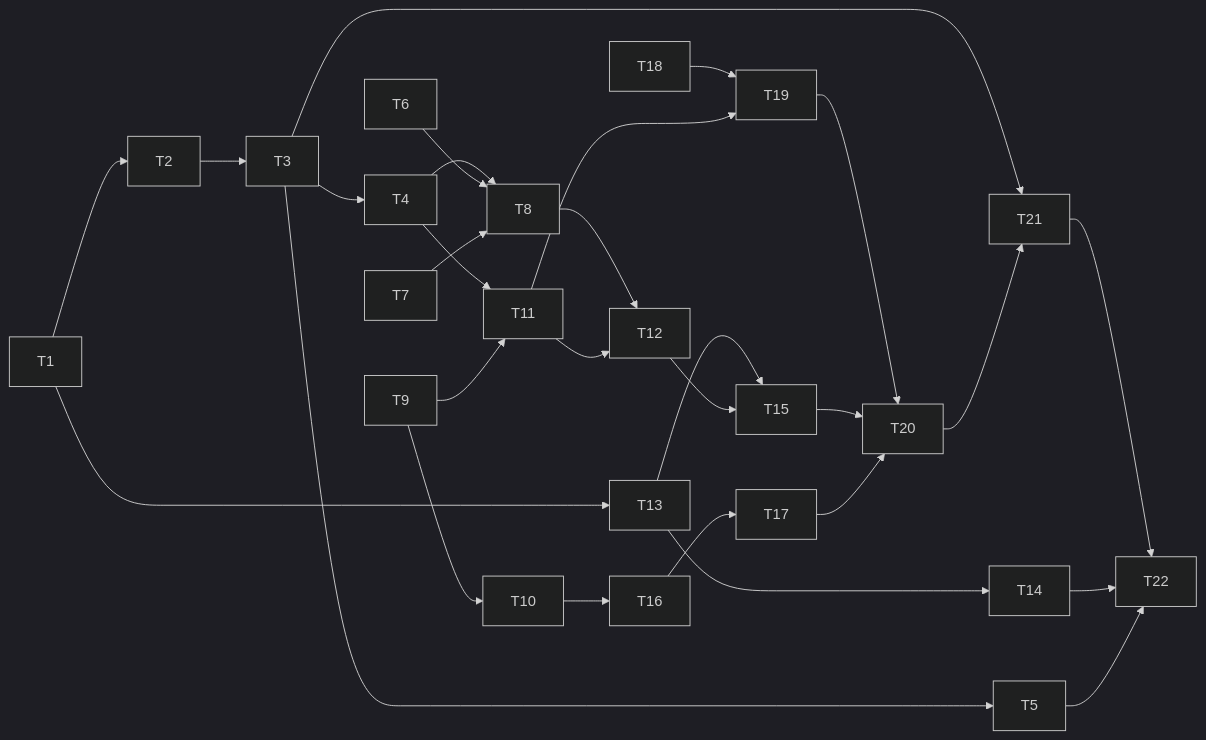
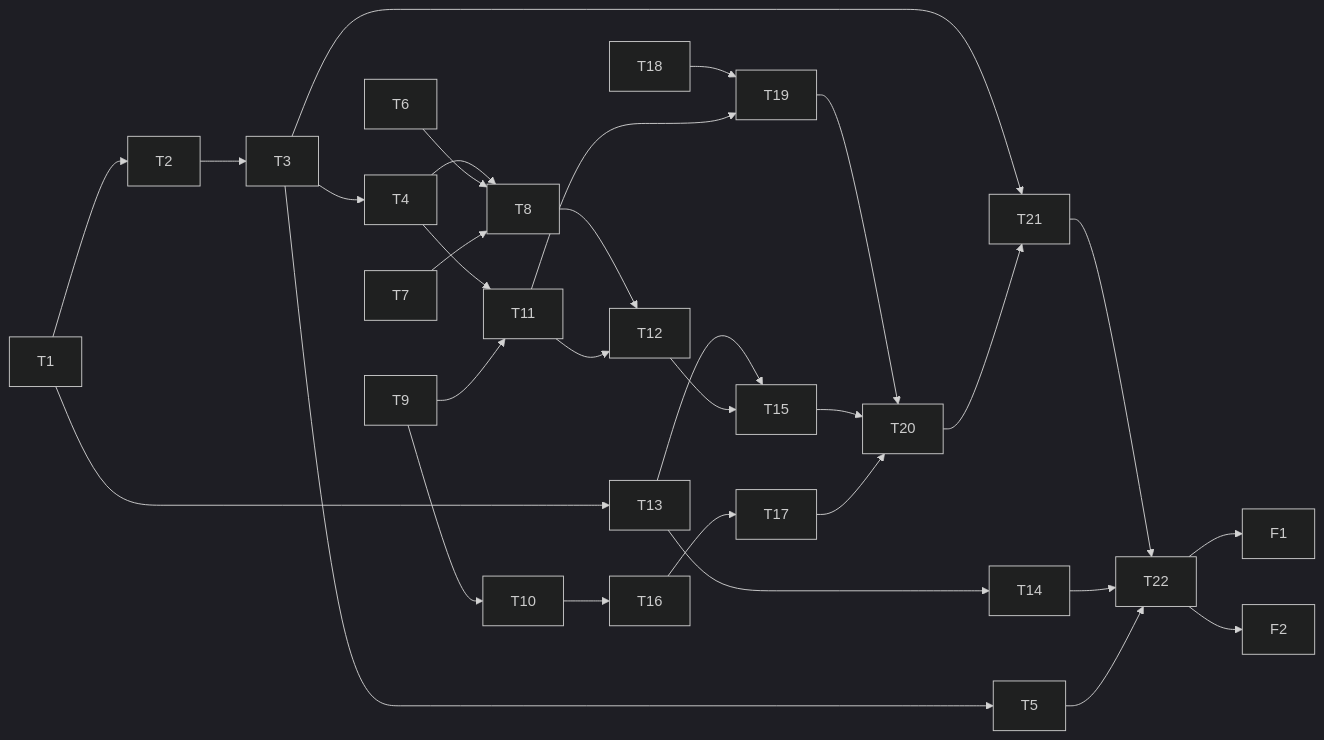
Before and after one commit to liaden/lain: the diagram in planning/specs/herdr-attention.md, drawn with Mermaid (dark theme). The commit also changed other lines of this file, not shown here.

````diff
--- a/planning/specs/herdr-attention.md
+++ b/planning/specs/herdr-attention.md
@@ -181,31 +181,33 @@
 ```mermaid
 flowchart LR
   T1 --> T2
   T2 --> T3
   T3 --> T4
   T3 --> T5
   T4 --> T8
   T6 --> T8
   T7 --> T8
   T9 --> T10
   T4 --> T11
   T9 --> T11
   T8 --> T12
   T11 --> T12
   T1 --> T13
   T13 --> T14
   T13 --> T15
   T12 --> T15
   T10 --> T16
   T16 --> T17
   T18 --> T19
   T11 --> T19
   T19 --> T20
   T15 --> T20
   T17 --> T20
   T3 --> T21
   T20 --> T21
   T21 --> T22
   T14 --> T22
   T5 --> T22
+  T22 --> F1
+  T22 --> F2
 ```
````
